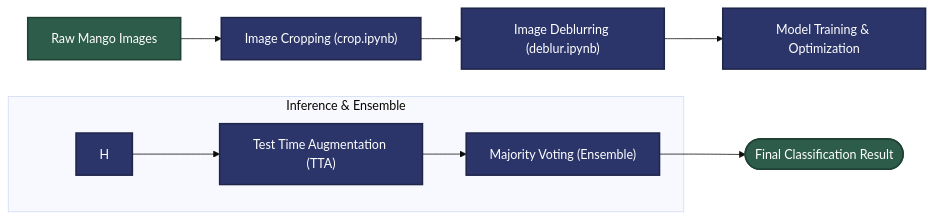
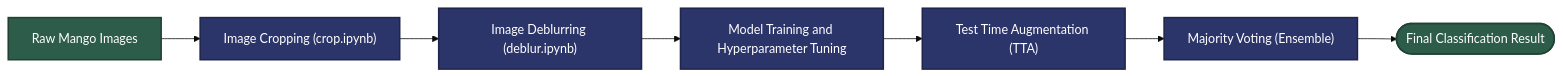
The diagram in README.md (schaof/AI-Cup-2020-Mango-Image-Classification), drawn with Mermaid (base theme) before and after one commit.

````diff
--- a/README.md
+++ b/README.md
@@ -5,21 +5,17 @@
 ```mermaid
 graph LR
     A["Raw Mango Images"] --> B["Image Cropping (crop.ipynb)"]
     B --> C["Image Deblurring (deblur.ipynb)"]
-    C --> D["Model Training & Optimization"]
-
-    subgraph Inference_Phase["Inference & Ensemble"]
-        H --> I["Test Time Augmentation (TTA)"]
-        I --> J["Majority Voting (Ensemble)"]
-    end
-    
-    J --> K(["Final Classification Result"])
+    C --> D["Model Training and Hyperparameter Tuning"]
+    D --> E["Test Time Augmentation (TTA)"]
+    E --> F["Majority Voting (Ensemble)"]  
+    F --> G(["Final Classification Result"])
 
     %% 視覺設定：定義企業級深色主題
     classDef premiumBlue fill:#2C356A,stroke:#1F264A,stroke-width:2px,color:#ffffff
     classDef premiumGreen fill:#2D5C4A,stroke:#1F4234,stroke-width:2px,color:#ffffff
 
     %% 套用配色
-    class B,C,D,H,I,J premiumBlue
-    class A,K premiumGreen
+    class B,C,D,E,F premiumBlue
+    class A,G premiumGreen
 ```
````
